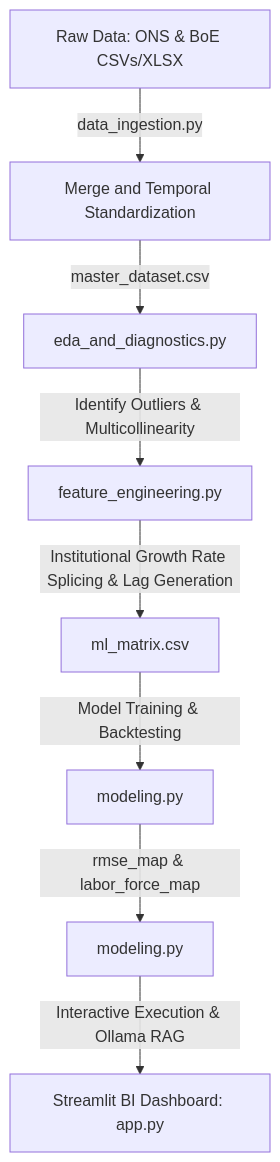
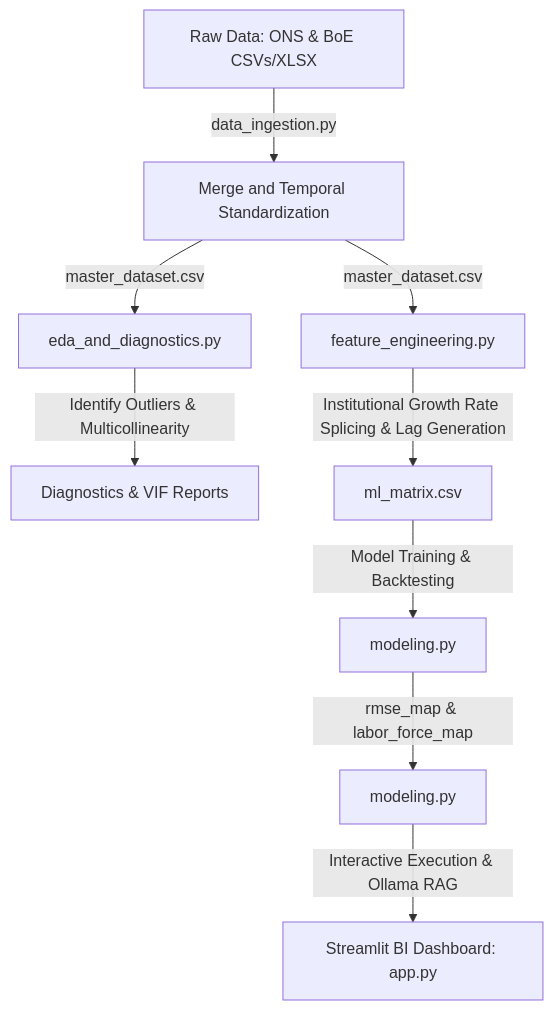
One commit to LoRdElectrod/Youth_Unemployement_Forecaster_Dissertation_MSc_Data_Science changed the diagram in README.md. Above: the diagram before and after it, drawn with Mermaid. The commit also changed 1 other file, not shown here.

Commit message:
Update VIF feature validation and README pipeline diagram

````diff
--- a/README.md
+++ b/README.md
@@ -35,10 +35,11 @@
 ```mermaid
 graph TD
     A[Raw Data: ONS & BoE CSVs/XLSX] -->|data_ingestion.py| B[Merge and Temporal Standardization]
     B -->|master_dataset.csv| C[eda_and_diagnostics.py]
-    C -->|Identify Outliers & Multicollinearity| D[feature_engineering.py]
+    B -->|master_dataset.csv| D[feature_engineering.py]
+    C -->|Identify Outliers & Multicollinearity| Diagnostics[Diagnostics & VIF Reports]
     D -->|Institutional Growth Rate Splicing & Lag Generation| E[ml_matrix.csv]
     E -->|Model Training & Backtesting| F[modeling.py]
     F -->|rmse_map & labor_force_map| G[modeling.py]
     G -->|Interactive Execution & Ollama RAG| H[Streamlit BI Dashboard: app.py]
 ```
````
